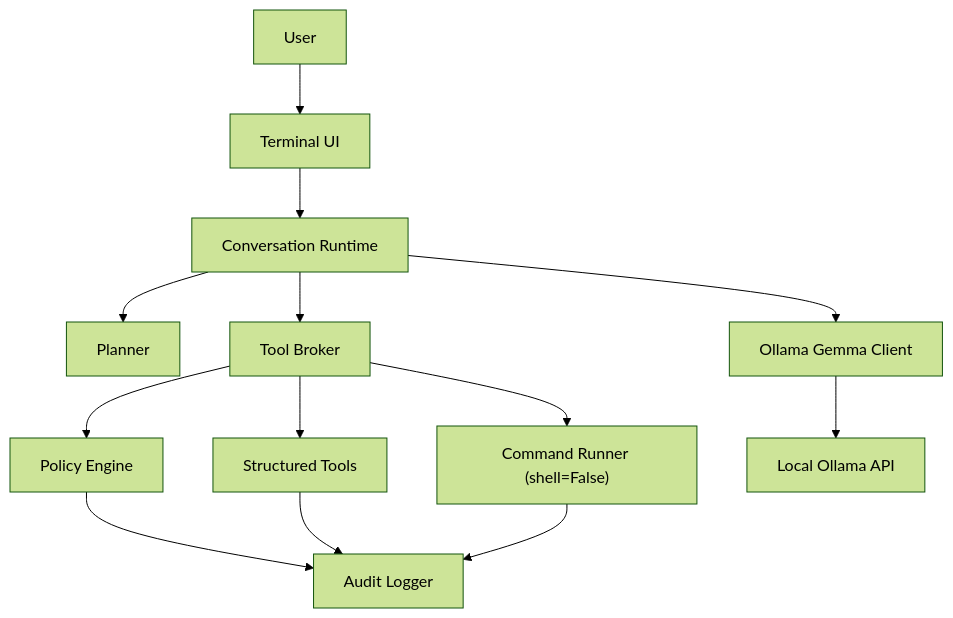
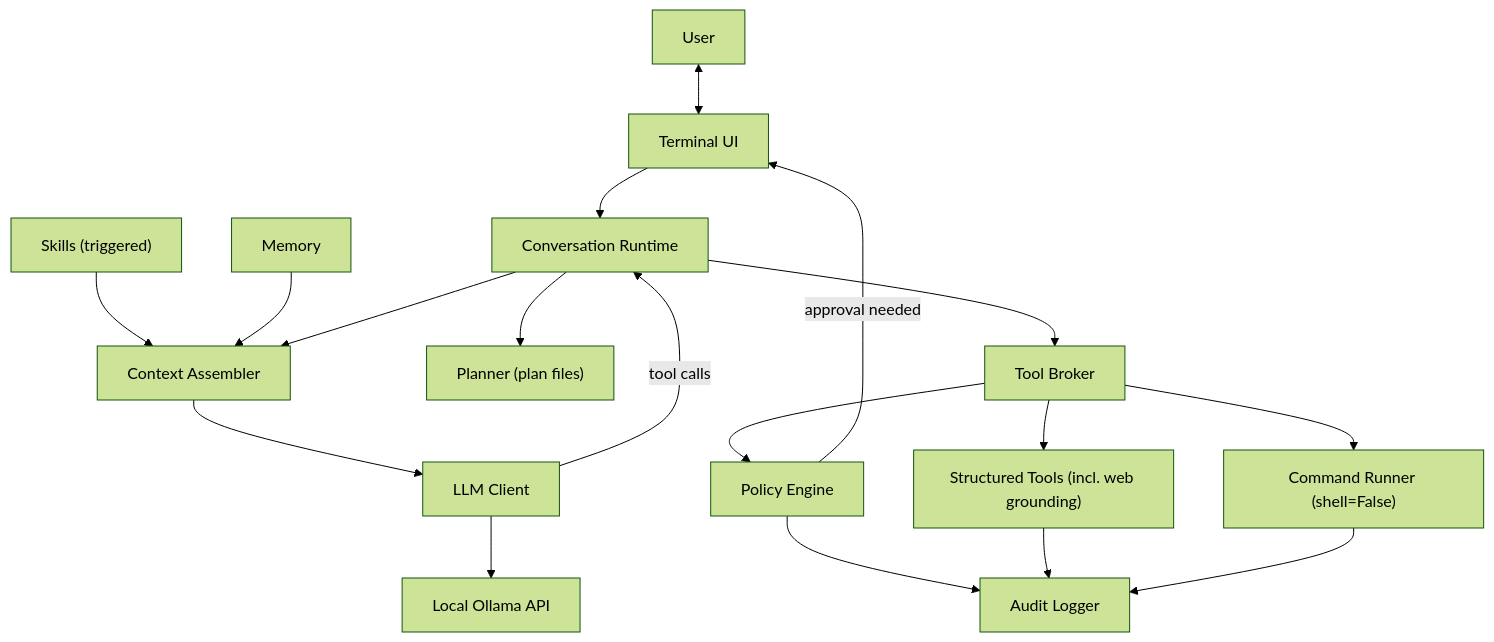
The diagram in README.md (lavindeep/ShellPilot), drawn with Mermaid (forest theme) before and after one commit. The commit also changed other lines of this file and 1 other file, not shown here.

Commit message:
docs: refresh README into product-purpose framing, update architecture diagram; mark DESIGN current through v0.8.0

````diff
--- a/README.md
+++ b/README.md
@@ -34,15 +50,23 @@
 ```mermaid
 flowchart TD
-    User["User"] --> CLI["Terminal UI"]
+    User["User"] <--> CLI["Terminal UI"]
     CLI --> Runtime["Conversation Runtime"]
-    Runtime --> Planner["Planner"]
+
+    Skills["Skills (triggered)"] --> Context["Context Assembler"]
+    Memory["Memory"] --> Context
+    Runtime --> Context
+    Context --> LLM["LLM Client"]
+    LLM --> Ollama["Local Ollama API"]
+    LLM -->|tool calls| Runtime
+
+    Runtime --> Planner["Planner (plan files)"]
     Runtime --> Broker["Tool Broker"]
-    Runtime --> LLM["Ollama Gemma Client"]
     Broker --> Policy["Policy Engine"]
-    Broker --> Tools["Structured Tools"]
+    Policy -->|approval needed| CLI
+    Broker --> Tools["Structured Tools (incl. web grounding)"]
     Broker --> Commands["Command Runner (shell=False)"]
+
     Policy --> Audit["Audit Logger"]
     Tools --> Audit
     Commands --> Audit
-    LLM --> Ollama["Local Ollama API"]
 ```
````
